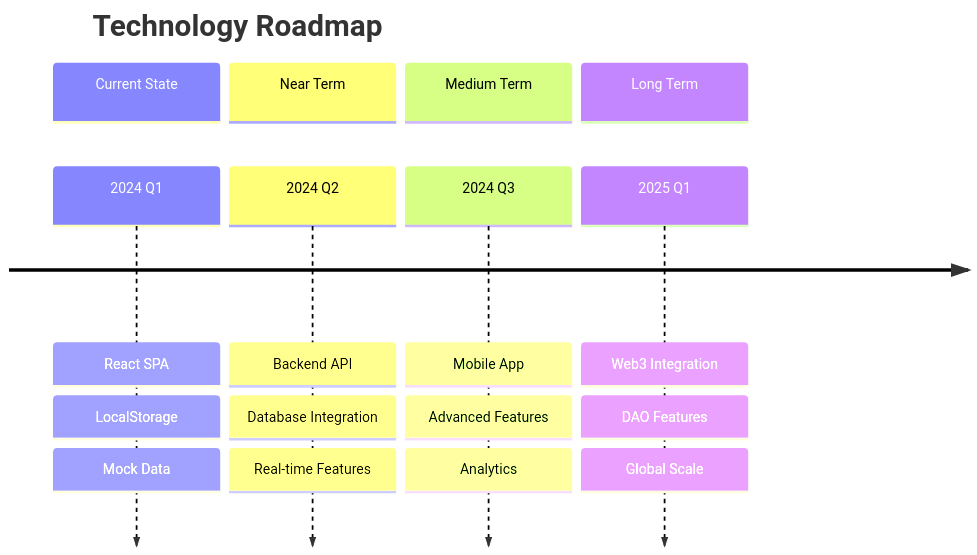
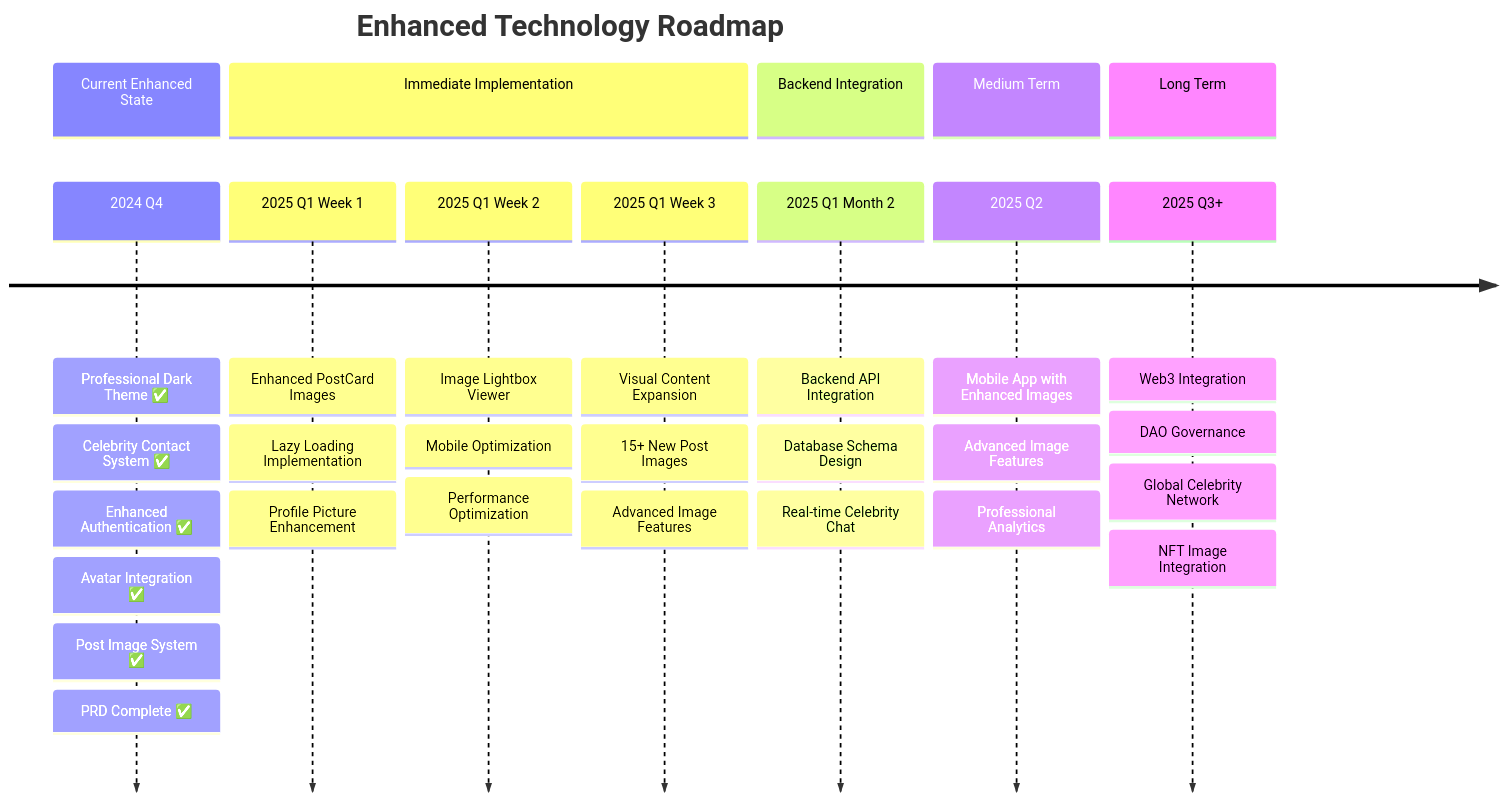
One commit to didier3529/facecrook changed the fifth of 6 diagrams in FACECROOK_REPOSITORY_ANALYSIS.md. Above: the diagram before and after it, drawn with Mermaid. The commit also changed other lines of this file and 208 other files, not shown here.

````diff
--- a/FACECROOK_REPOSITORY_ANALYSIS.md
+++ b/FACECROOK_REPOSITORY_ANALYSIS.md
@@ -626,20 +707,34 @@
 ```mermaid
 timeline
-    title Technology Roadmap
-    section Current State
-        2024 Q1 : React SPA
-               : LocalStorage
-               : Mock Data
-    section Near Term
-        2024 Q2 : Backend API
-               : Database Integration
-               : Real-time Features
+    title Enhanced Technology Roadmap
+    section Current Enhanced State
+        2024 Q4 : Professional Dark Theme ✅
+               : Celebrity Contact System ✅
+               : Enhanced Authentication ✅
+               : Avatar Integration ✅
+               : Post Image System ✅
+               : PRD Complete ✅
+    section Immediate Implementation
+        2025 Q1 Week 1 : Enhanced PostCard Images
+                       : Lazy Loading Implementation
+                       : Profile Picture Enhancement
+        2025 Q1 Week 2 : Image Lightbox Viewer
+                       : Mobile Optimization
+                       : Performance Optimization
+        2025 Q1 Week 3 : Visual Content Expansion
+                       : 15+ New Post Images
+                       : Advanced Image Features
+    section Backend Integration
+        2025 Q1 Month 2 : Backend API Integration
+                        : Database Schema Design
+                        : Real-time Celebrity Chat
     section Medium Term
-        2024 Q3 : Mobile App
-               : Advanced Features
-               : Analytics
+        2025 Q2 : Mobile App with Enhanced Images
+               : Advanced Image Features
+               : Professional Analytics
     section Long Term
-        2025 Q1 : Web3 Integration
-               : DAO Features
-               : Global Scale
+        2025 Q3+ : Web3 Integration
+                : DAO Governance
+                : Global Celebrity Network
+                : NFT Image Integration
 ```
````
